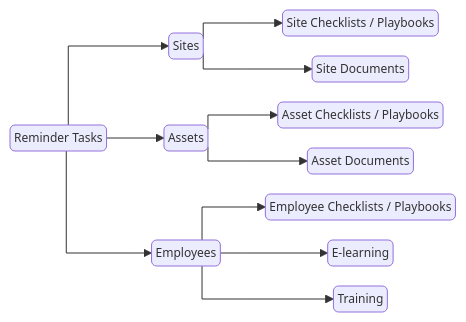
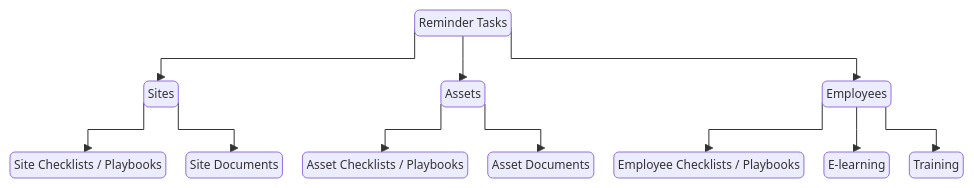
Before and after one commit to opus-safety/opus-knowledge-base: the diagram in docs/drafts/types-of-task.md, drawn with Mermaid.

Commit message:
tweaked mermaid to top down

````diff
--- a/docs/drafts/types-of-task.md
+++ b/docs/drafts/types-of-task.md
@@ -15,33 +15,33 @@
 ```mermaid
 %%{init: {'flowchart': {'curve': 'stepBefore', 'nodeSpacing': 20, 'rankSpacing': 45, 'padding': 4}, 'themeVariables': {'fontSize': '12px'}}}%%
 
-graph LR
+graph TD
 
 R(Reminder Tasks)
 
 R --> S(Sites)
 
 R --> A(Assets)
 
 R --> E(Employees)
 
 S --> S1(Site Checklists / Playbooks)
 
 S --> S2(Site Documents)
 
 A --> A1(Asset Checklists / Playbooks)
 
 A --> A2(Asset Documents)
 
 E --> E1(Employee Checklists / Playbooks)
 
 E --> E2(E-learning)
 
 E --> E3(Training)
 
 class R root
 
 class S,A,E branch
 
 class S1,S2,A1,A2,E1,E2,E3 leaf
 ```
````
